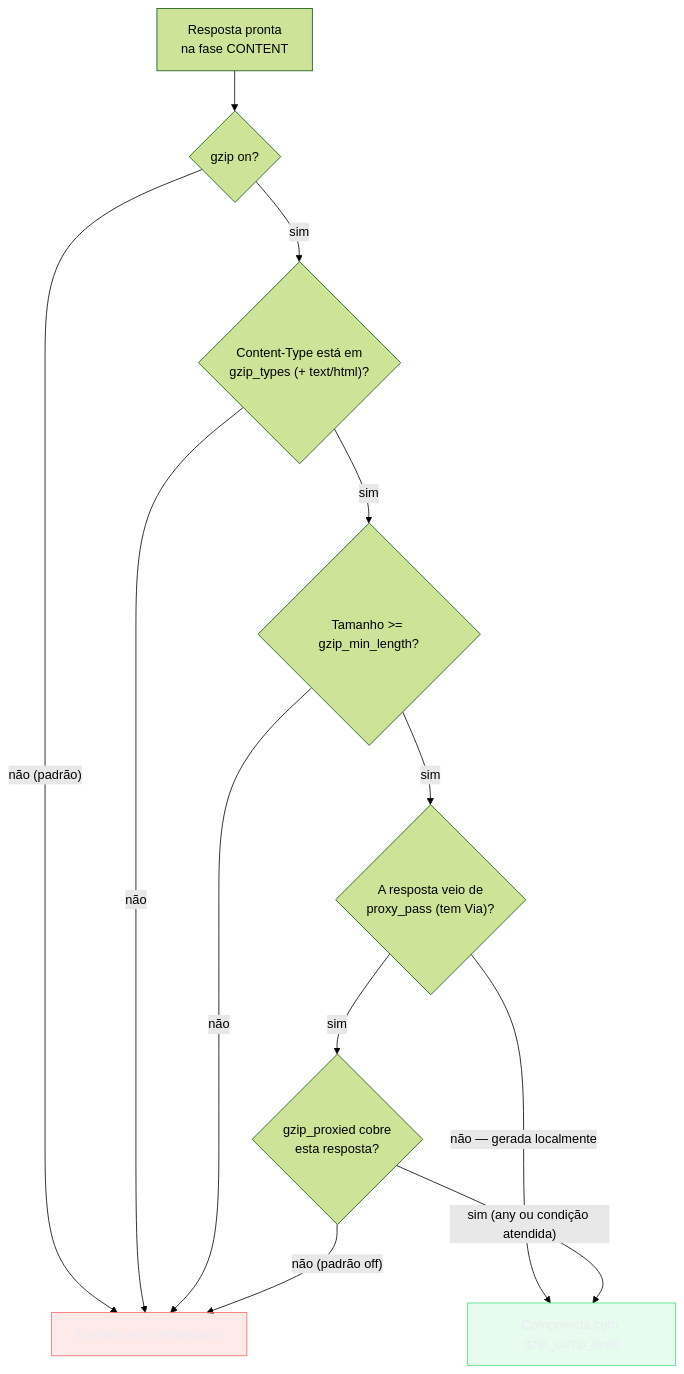
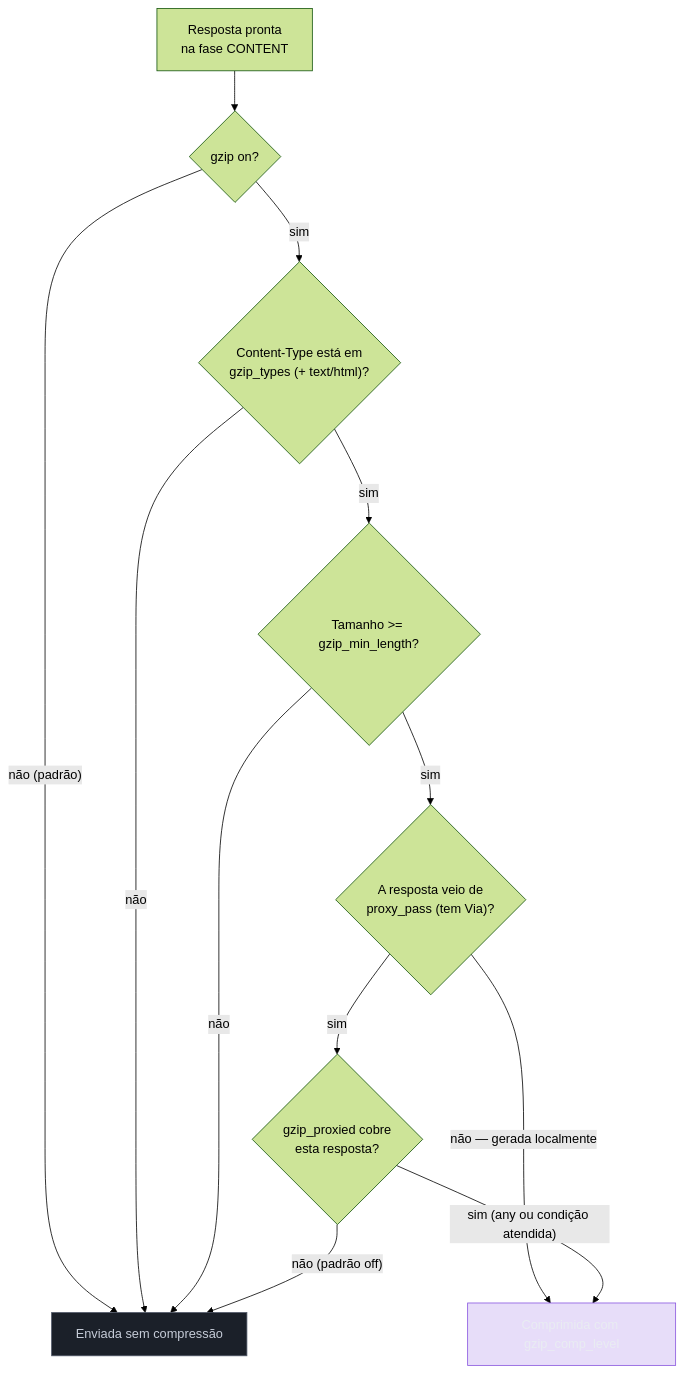
Before and after one commit to josenaldo/codex-technomanticus: the second of 2 diagrams in 03-Dominios/Tecnologia/Infraestrutura/Nginx/11 - Limitar e comprimir.md, drawn with Mermaid (forest theme). The commit also changed other lines of this file and 601 other files, not shown here.

````diff
--- a/03-Dominios/Tecnologia/Infraestrutura/Nginx/11 - Limitar e comprimir.md
+++ b/03-Dominios/Tecnologia/Infraestrutura/Nginx/11 - Limitar e comprimir.md
@@ -252,19 +251,19 @@
 ```mermaid
 graph TB
-    classDef falha fill:#FF6B6B24,stroke:#FF6B6B,color:#E9ECF2
-    classDef ok fill:#4ADE8021,stroke:#4ADE80,color:#E9ECF2
+    classDef marca fill:#8855DF33,stroke:#8855DF,color:#E9ECF2
+    classDef neutro fill:#1B2029,stroke:#4E5666,color:#C6CCD8
     Resp["Resposta pronta<br/>na fase CONTENT"] --> Q1{"gzip on?"}
     Q1 -->|"não (padrão)"| Sem["Enviada sem compressão"]
     Q1 -->|"sim"| Q2{"Content-Type está em<br/>gzip_types (+ text/html)?"}
     Q2 -->|"não"| Sem
     Q2 -->|"sim"| Q3{"Tamanho >= gzip_min_length?"}
     Q3 -->|"não"| Sem
     Q3 -->|"sim"| Q4{"A resposta veio de<br/>proxy_pass (tem Via)?"}
     Q4 -->|"não — gerada localmente"| Comp["Comprimida com gzip_comp_level"]
     Q4 -->|"sim"| Q5{"gzip_proxied cobre<br/>esta resposta?"}
     Q5 -->|"não (padrão off)"| Sem
     Q5 -->|"sim (any ou condição atendida)"| Comp
 
-    class Sem falha
-    class Comp ok
+    class Sem neutro
+    class Comp marca
 ```
````
